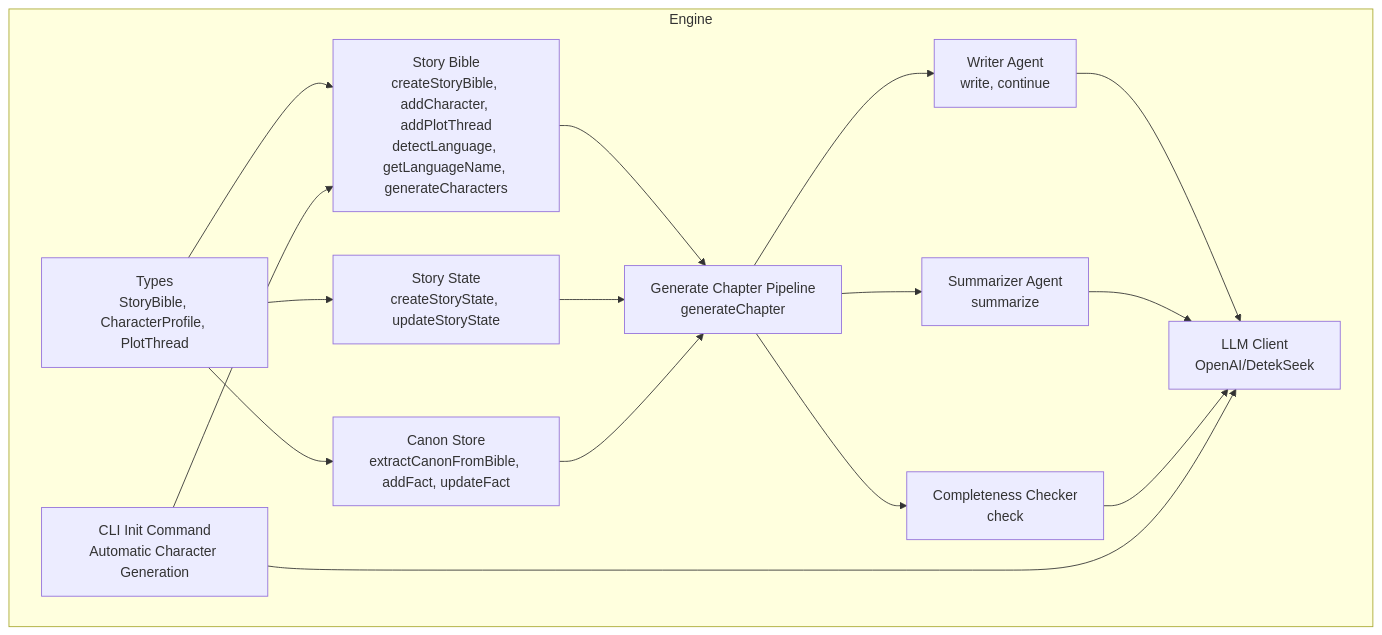
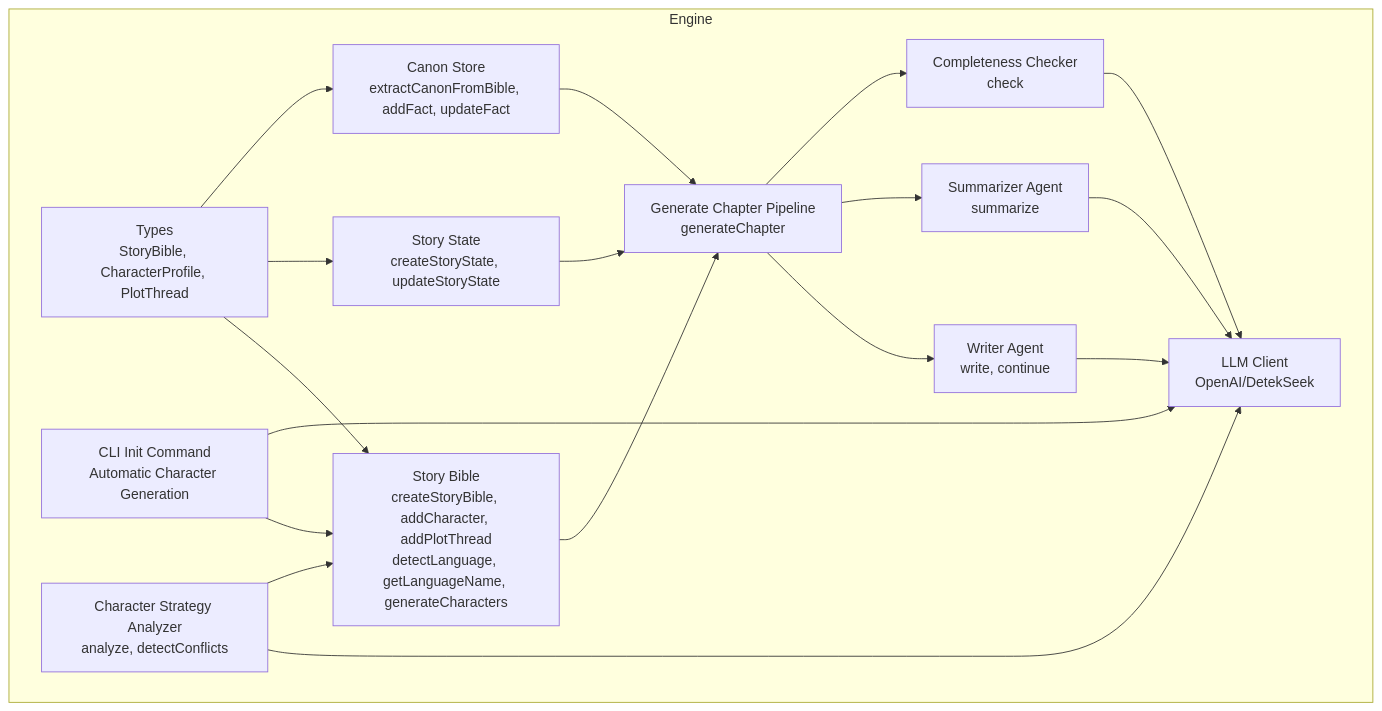
The first of 16 diagrams in .qoder/repowiki/en/content/Story Management System/Story Bible Management.md (liwonder/NARRITIVE_OS), drawn with Mermaid before and after one commit. The commit also changed other lines of this file and 15 other files, not shown here.

First line of the commit message:
Add CharacterStrategyAnalyzer and pipeline updates

````diff
--- a/.qoder/repowiki/en/content/Story Management System/Story Bible Management.md
+++ b/.qoder/repowiki/en/content/Story Management System/Story Bible Management.md
@@ -48,29 +50,32 @@
 ```mermaid
 graph TB
 subgraph "Engine"
 Types["Types<br/>StoryBible, CharacterProfile, PlotThread"]
 StoryBible["Story Bible<br/>createStoryBible, addCharacter, addPlotThread<br/>detectLanguage, getLanguageName, generateCharacters"]
 StoryState["Story State<br/>createStoryState, updateStoryState"]
 Canon["Canon Store<br/>extractCanonFromBible, addFact, updateFact"]
 Writer["Writer Agent<br/>write, continue"]
 Summarizer["Summarizer Agent<br/>summarize"]
 Completeness["Completeness Checker<br/>check"]
 LLM["LLM Client<br/>OpenAI/DetekSeek"]
 Gen["Generate Chapter Pipeline<br/>generateChapter"]
 CLI["CLI Init Command<br/>Automatic Character Generation"]
+CharStrategy["Character Strategy Analyzer<br/>analyze, detectConflicts"]
 end
 Types --> StoryBible
 Types --> StoryState
 Types --> Canon
 StoryBible --> Gen
 StoryState --> Gen
 Canon --> Gen
 Gen --> Writer
 Gen --> Summarizer
 Gen --> Completeness
 Writer --> LLM
 Summarizer --> LLM
 Completeness --> LLM
 CLI --> StoryBible
 CLI --> LLM
+CharStrategy --> LLM
+CharStrategy --> StoryBible
 ```
````
